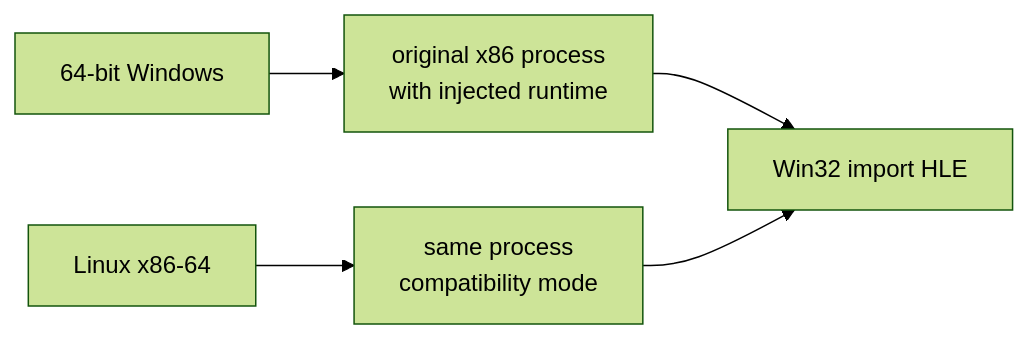
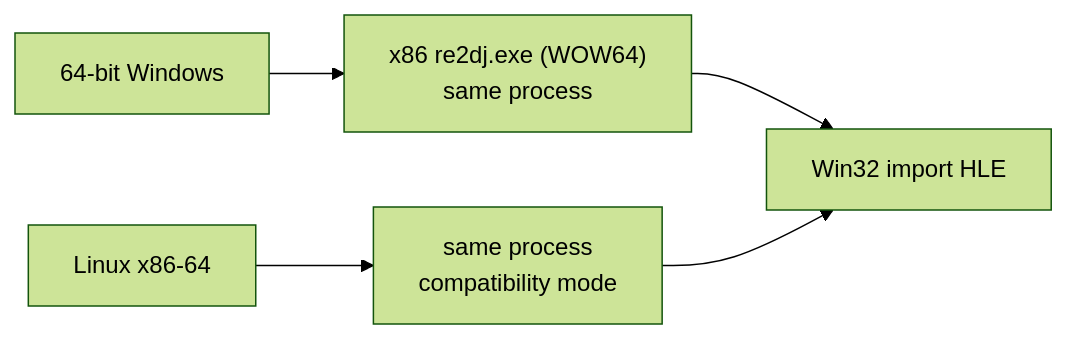
Before and after one commit to nworkers/re2DJ: the diagram in docs/kb/x86-32-guest-on-64-bit-host.md, drawn with Mermaid (forest theme). The commit also changed other lines of this file and 272 other files, not shown here.

First line of the commit message:
Run Windows through the in-process runner and drop injection (v0.0.63)

````diff
--- a/docs/kb/x86-32-guest-on-64-bit-host.md
+++ b/docs/kb/x86-32-guest-on-64-bit-host.md
@@ -22,7 +22,7 @@
 ```mermaid
 flowchart LR
-    W["64-bit Windows"] --> H["original x86 process<br/>with injected runtime"]
+    W["64-bit Windows"] --> H["x86 re2dj.exe (WOW64)<br/>same process"]
     L["Linux x86-64"] --> I["same process<br/>compatibility mode"]
     H --> G["Win32 import HLE"]
     I --> G
 ```
````
